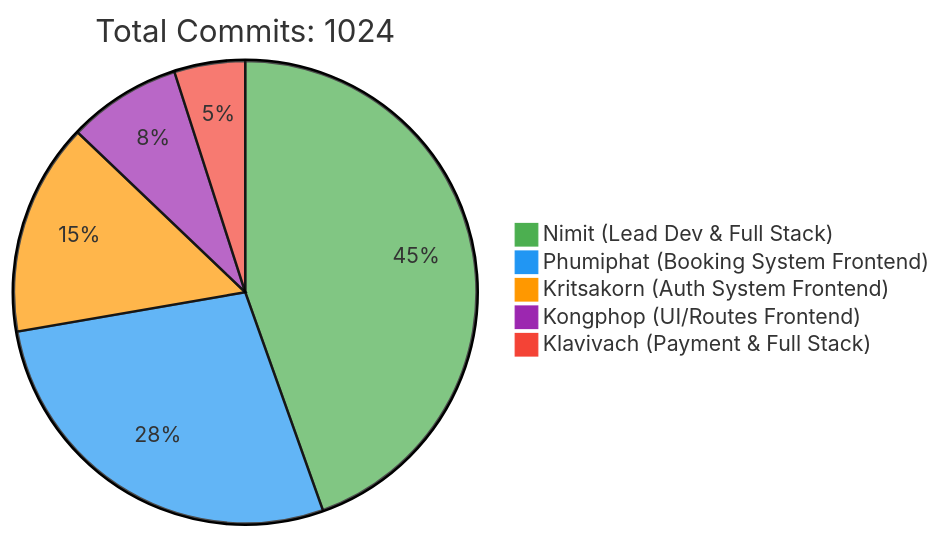
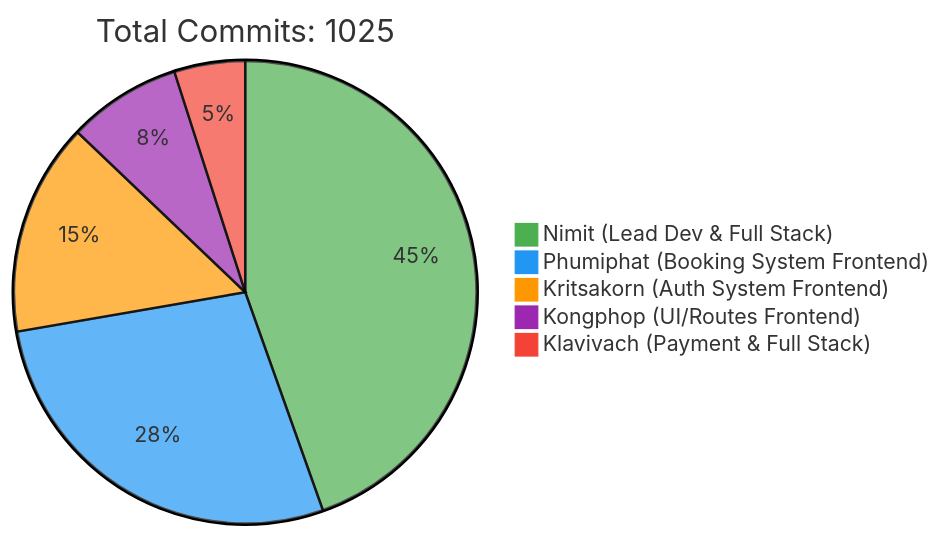
One commit to 6531503042/Sport-Complex changed the first of 2 diagrams in README.md. Above: the diagram before and after it, drawn with Mermaid. The commit also changed other lines of this file, not shown here.

Commit message:
docs: Update contributor statistics [skip ci]

````diff
--- a/README.md
+++ b/README.md
@@ -240,10 +240,10 @@
 ```mermaid
 %%{init: {'theme': 'base', 'themeVariables': { 'pie1': '#4CAF50', 'pie2': '#2196F3', 'pie3': '#FF9800', 'pie4': '#9C27B0', 'pie5': '#F44336'}}}%%
 pie
-    title Total Commits: 1024
+    title Total Commits: 1025
     "Nimit (Lead Dev & Full Stack)" : 450
     "Phumiphat (Booking System Frontend)" : 280
     "Kritsakorn (Auth System Frontend)" : 150
     "Kongphop (UI/Routes Frontend)" : 80
     "Klavivach (Payment & Full Stack)" : 50
 ```
````
